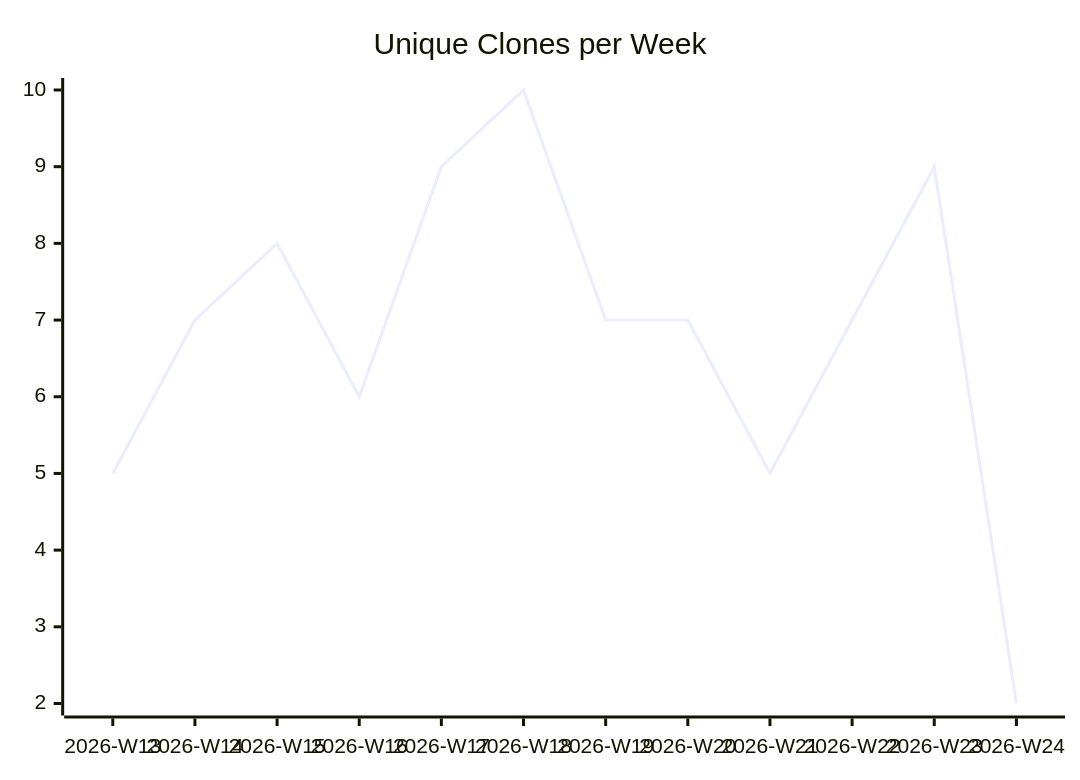
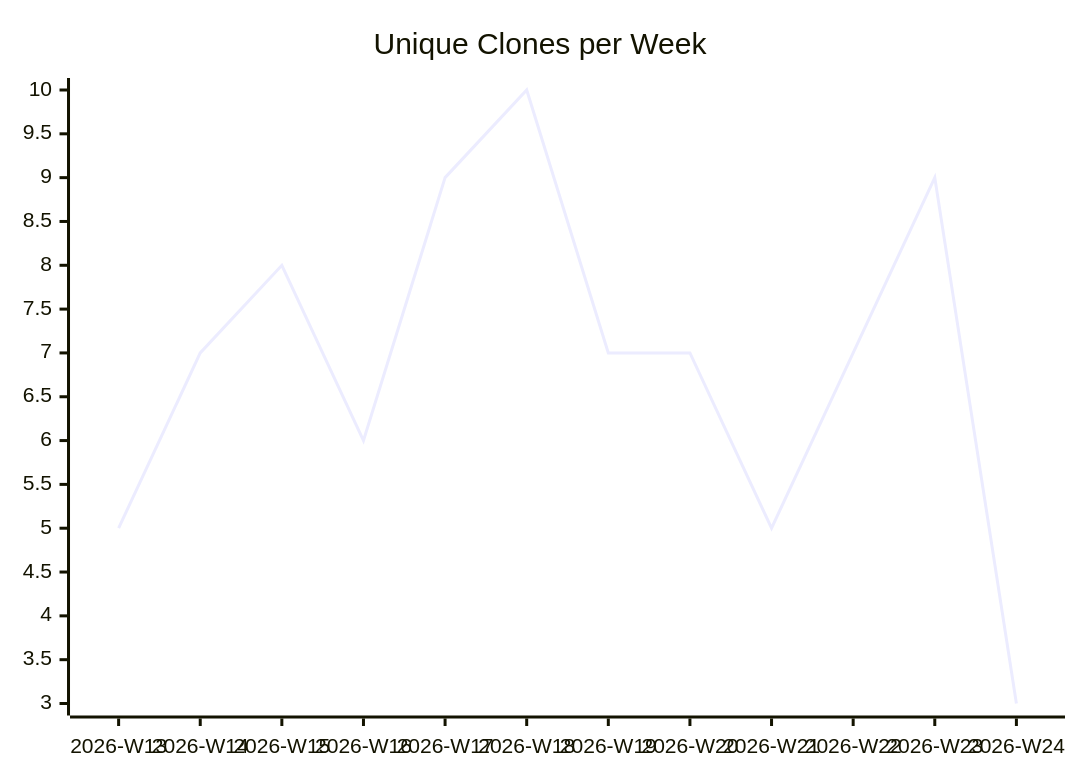
Before and after one commit to justdavis-family/github-analytics-data: the third of 3 diagrams in karlmdavis/ansible-role-jenkins2/README.md, drawn with Mermaid. The commit also changed other lines of this file and 193 other files, not shown here.

````diff
--- a/karlmdavis/ansible-role-jenkins2/README.md
+++ b/karlmdavis/ansible-role-jenkins2/README.md
@@ -19,6 +19,6 @@
 ```mermaid
 xychart-beta
   title "Unique Clones per Week"
   x-axis ["2026-W13", "2026-W14", "2026-W15", "2026-W16", "2026-W17", "2026-W18", "2026-W19", "2026-W20", "2026-W21", "2026-W22", "2026-W23", "2026-W24"]
-  line [5, 7, 8, 6, 9, 10, 7, 7, 5, 7, 9, 2]
+  line [5, 7, 8, 6, 9, 10, 7, 7, 5, 7, 9, 3]
 ```
````
